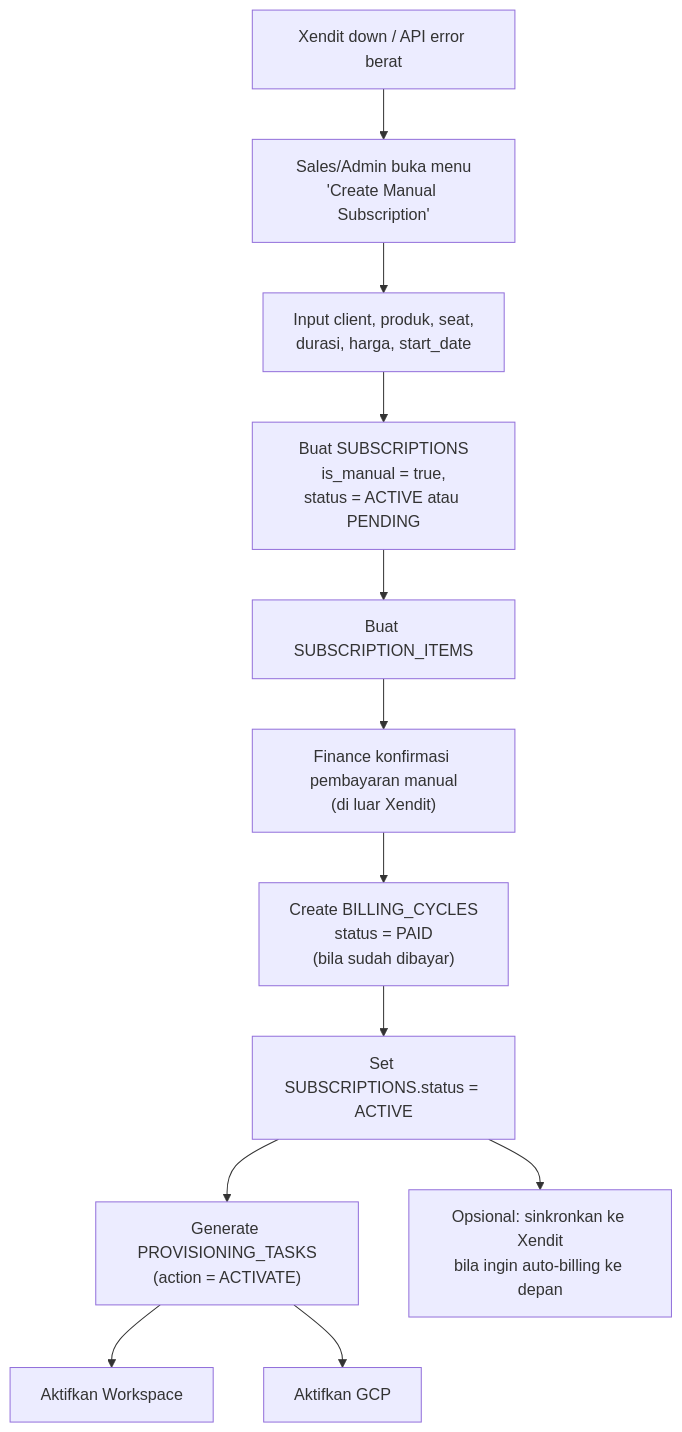
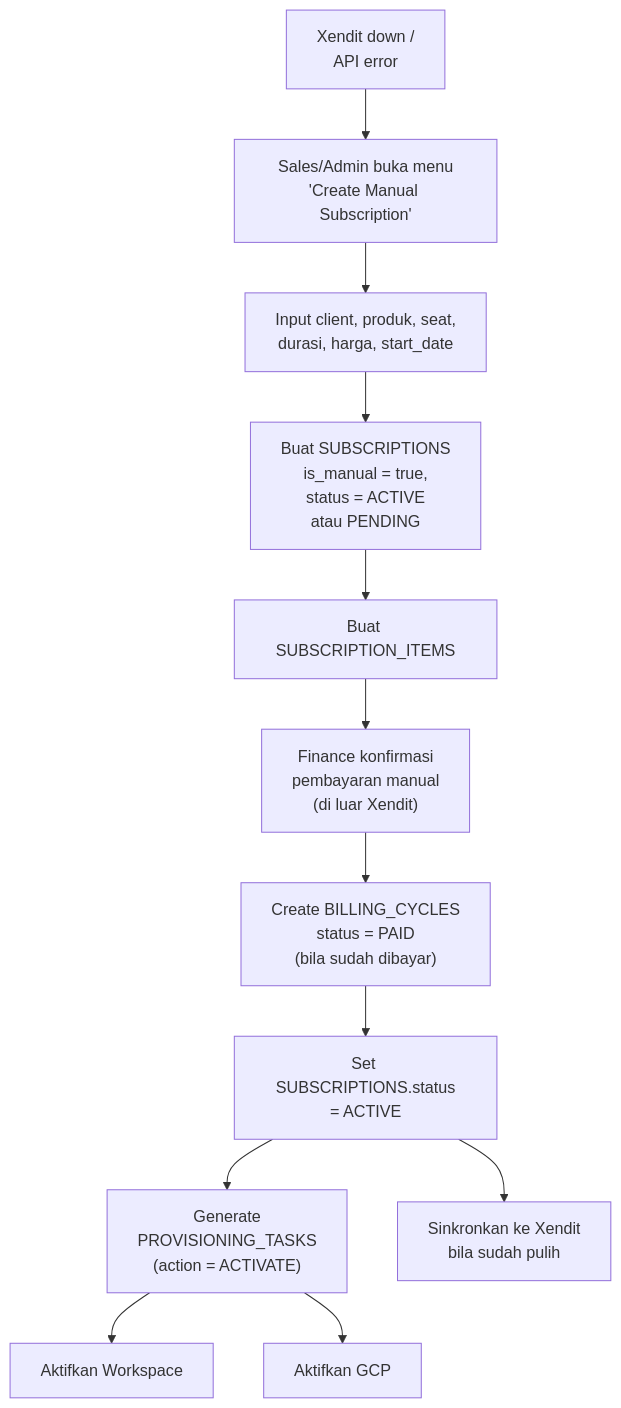
The sixth of 6 diagrams in README.md (rifaldigits/CloudSales), drawn with Mermaid before and after one commit. The commit also changed other lines of this file, not shown here.

````diff
--- a/README.md
+++ b/README.md
@@ -488,20 +488,20 @@
 ```mermaid
 flowchart TD
-    XD["Xendit down / API error berat"] --> UI1["Sales/Admin buka menu<br>'Create Manual Subscription'"]
+    XD["Xendit down /<br>API error"] --> UI1["Sales/Admin buka menu<br>'Create Manual Subscription'"]
 
     UI1 --> UI2["Input client, produk, seat,<br>durasi, harga, start_date"]
-    UI2 --> S1["Buat SUBSCRIPTIONS<br>is_manual = true,<br>status = ACTIVE atau PENDING"]
+    UI2 --> S1["Buat SUBSCRIPTIONS<br>is_manual = true,<br>status = ACTIVE<br>atau PENDING"]
     S1 --> SI1["Buat SUBSCRIPTION_ITEMS"]
 
     %% OPTIONAL: KONFIRMASI PEMBAYARAN OFFLINE
-    SI1 --> F1["Finance konfirmasi pembayaran manual<br>(di luar Xendit)"]
+    SI1 --> F1["Finance konfirmasi<br>pembayaran manual<br>(di luar Xendit)"]
     F1 --> BC1["Create BILLING_CYCLES<br>status = PAID<br>(bila sudah dibayar)"]
 
-    BC1 --> S2["Set SUBSCRIPTIONS.status = ACTIVE"]
-    S2 --> PV1["Generate PROVISIONING_TASKS<br>(action = ACTIVATE)"]
+    BC1 --> S2["Set SUBSCRIPTIONS.status<br>= ACTIVE"]
+    S2 --> PV1["Generate<br>PROVISIONING_TASKS<br>(action = ACTIVATE)"]
     PV1 --> GW1["Aktifkan Workspace"]
     PV1 --> GCP1["Aktifkan GCP"]
 
     %% KETIKA XENDIT PULIH (OPSIONAL)
-    S2 --> OPT["Opsional: sinkronkan ke Xendit<br>bila ingin auto-billing ke depan"]
+    S2 --> OPT["Sinkronkan ke Xendit<br>bila sudah pulih"]
 ```
````
